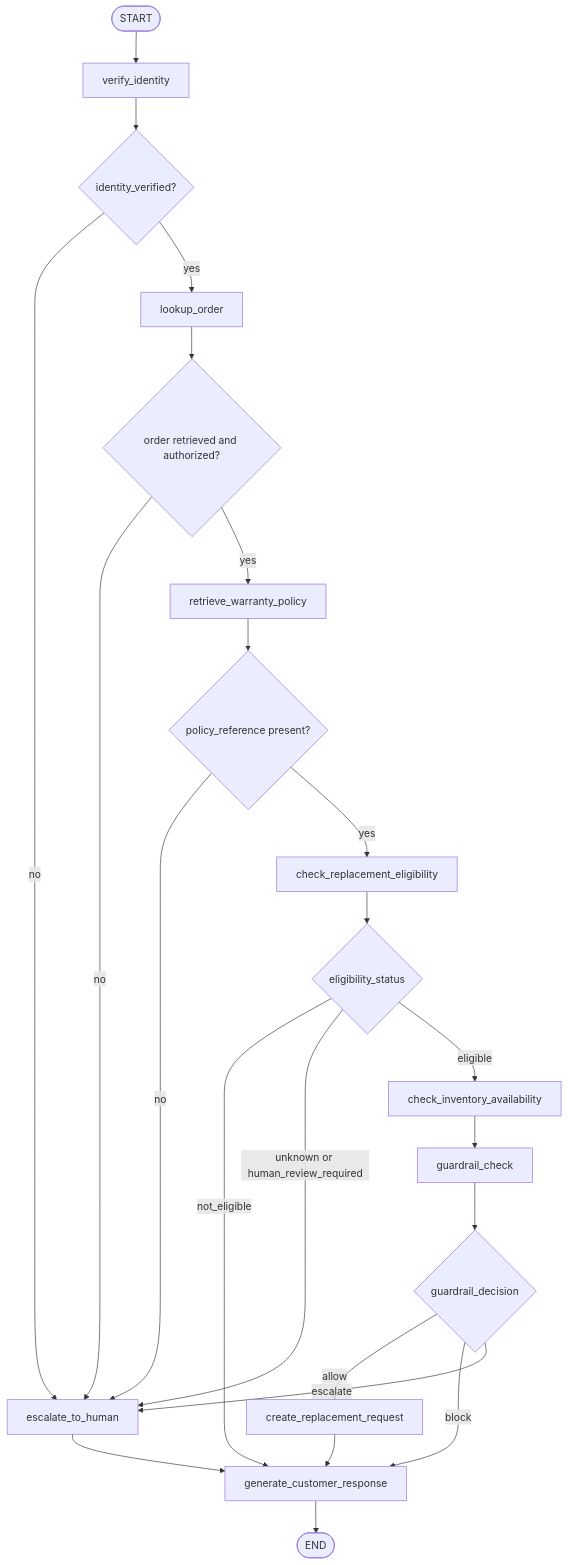
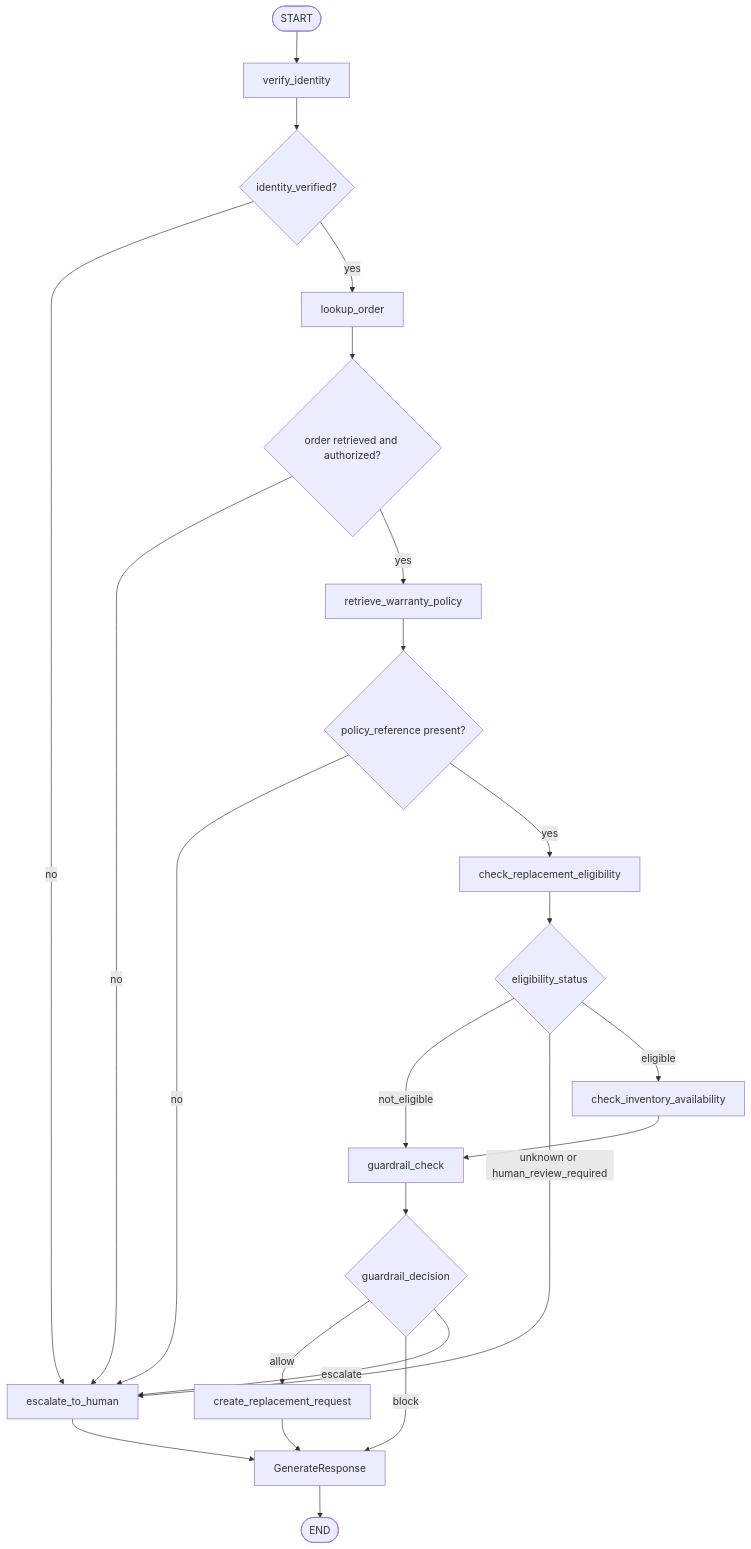
Before and after one commit to rajkasumarthi-Strideflow/LangGraph-agentic-flow: the diagram in docs/architecture.md, drawn with Mermaid. The commit also changed other lines of this file and 5 other files, not shown here.

````diff
--- a/docs/architecture.md
+++ b/docs/architecture.md
@@ -25,30 +25,30 @@
 ```mermaid
 flowchart TD
     START([START]) --> VerifyIdentity[verify_identity]
     VerifyIdentity --> RouteIdentity{identity_verified?}
     RouteIdentity -- no --> Escalate[escalate_to_human]
     RouteIdentity -- yes --> LookupOrder[lookup_order]
 
     LookupOrder --> RouteOrder{order retrieved and authorized?}
     RouteOrder -- no --> Escalate
     RouteOrder -- yes --> RetrievePolicy[retrieve_warranty_policy]
 
     RetrievePolicy --> RoutePolicy{policy_reference present?}
     RoutePolicy -- no --> Escalate
     RoutePolicy -- yes --> CheckEligibility[check_replacement_eligibility]
 
     CheckEligibility --> RouteEligibility{eligibility_status}
-    RouteEligibility -- not_eligible --> GenerateResponse[generate_customer_response]
+    RouteEligibility -- not_eligible --> Guardrail[guardrail_check]
     RouteEligibility -- unknown or human_review_required --> Escalate
     RouteEligibility -- eligible --> CheckInventory[check_inventory_availability]
 
     CheckInventory --> Guardrail[guardrail_check]
     Guardrail --> RouteGuardrail{guardrail_decision}
     RouteGuardrail -- allow --> CreateReplacement[create_replacement_request]
     RouteGuardrail -- block --> GenerateResponse
     RouteGuardrail -- escalate --> Escalate
 
     CreateReplacement --> GenerateResponse
     Escalate --> GenerateResponse
     GenerateResponse --> END([END])
 ```
````
